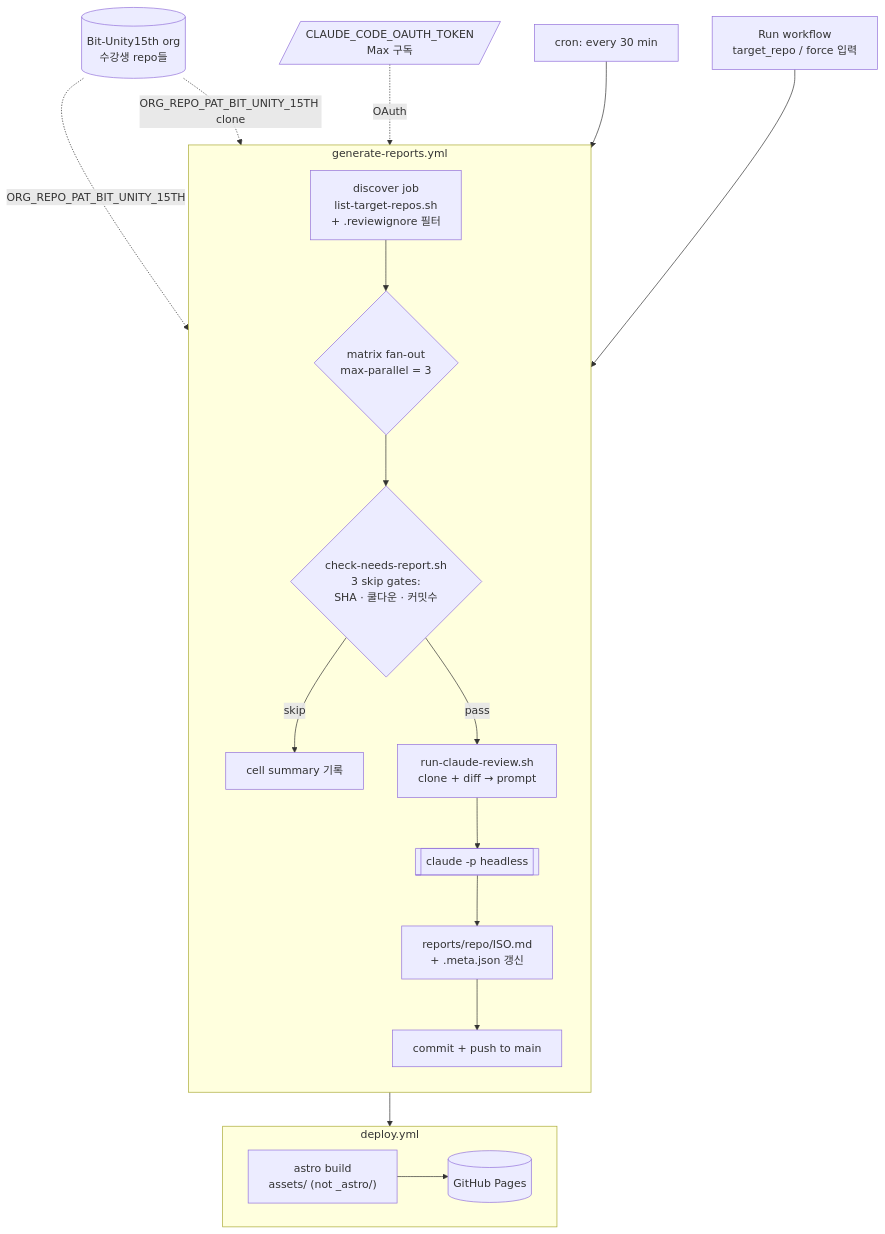
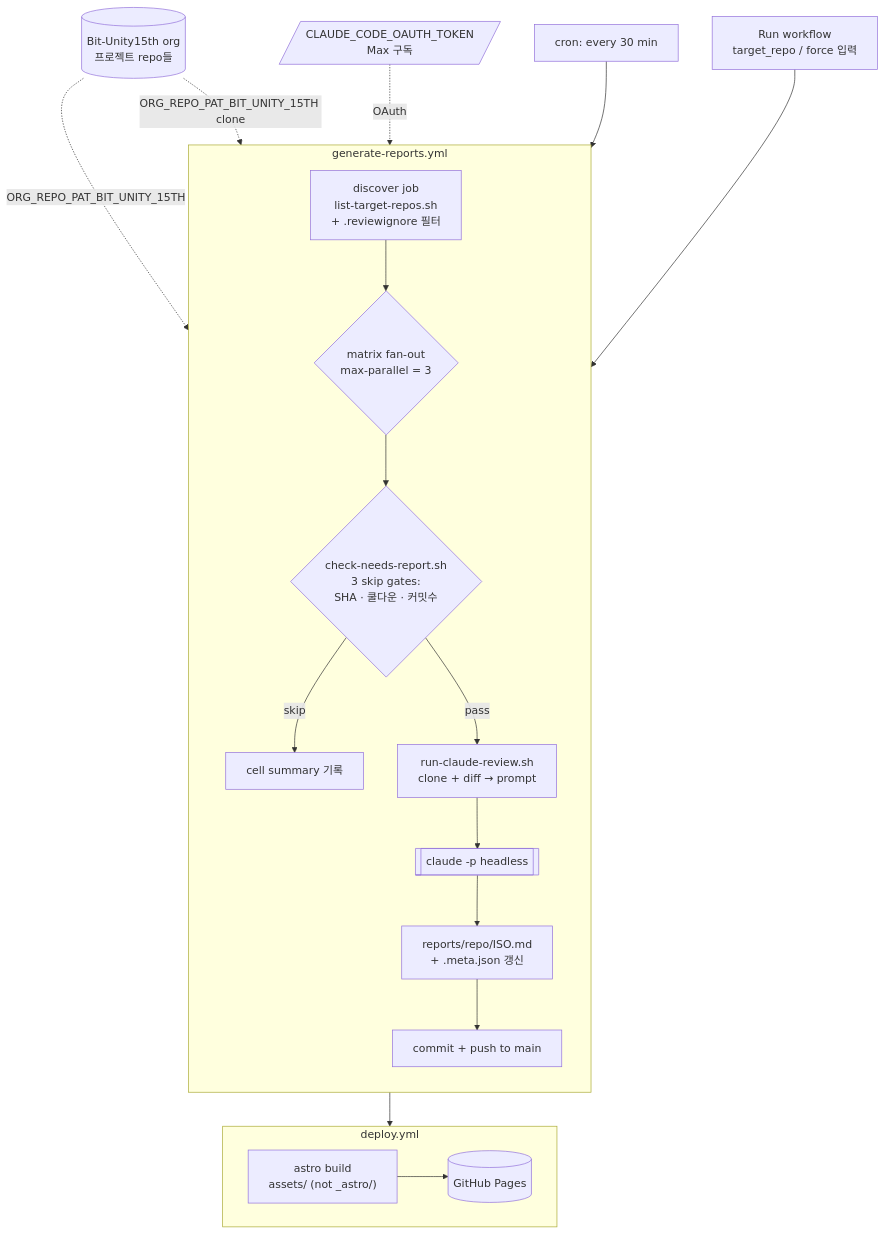
Before and after one commit to Bit-Unity15th-MultiplayGameProjects/_dashboard: the diagram in README.md, drawn with Mermaid. The commit also changed other lines of this file and 28 other files, not shown here.

````diff
--- a/README.md
+++ b/README.md
@@ -20,28 +20,28 @@
 ```mermaid
 flowchart TB
   CRON[cron: every 30 min]
   MANUAL[Run workflow<br/>target_repo / force 입력]
   CRON --> GEN
   MANUAL --> GEN
 
   subgraph GEN["generate-reports.yml"]
     direction TB
     D["discover job<br/>list-target-repos.sh<br/>+ .reviewignore 필터"]
     D --> MAT{"matrix fan-out<br/>max-parallel = 3"}
     MAT --> G{"check-needs-report.sh<br/>3 skip gates:<br/>SHA · 쿨다운 · 커밋수"}
     G -- skip --> SUM[cell summary 기록]
     G -- pass --> PR["run-claude-review.sh<br/>clone + diff → prompt"]
     PR --> CL[["claude -p headless"]]
     CL --> WR["reports/repo/ISO.md<br/>+ .meta.json 갱신"]
     WR --> PUSH["commit + push to main"]
   end
 
   PUSH --> DEP
   subgraph DEP["deploy.yml"]
     BLD["astro build<br/>assets/ (not _astro/)"] --> PAGES[("GitHub Pages")]
   end
 
-  ORG[("Bit-Unity15th org<br/>수강생 repo들")] -. ORG_REPO_PAT_BIT_UNITY_15TH .-> D
+  ORG[("Bit-Unity15th org<br/>프로젝트 repo들")] -. ORG_REPO_PAT_BIT_UNITY_15TH .-> D
   ORG -. ORG_REPO_PAT_BIT_UNITY_15TH clone .-> PR
   MAX[/"CLAUDE_CODE_OAUTH_TOKEN<br/>Max 구독"/] -. OAuth .-> CL
 ```
````
